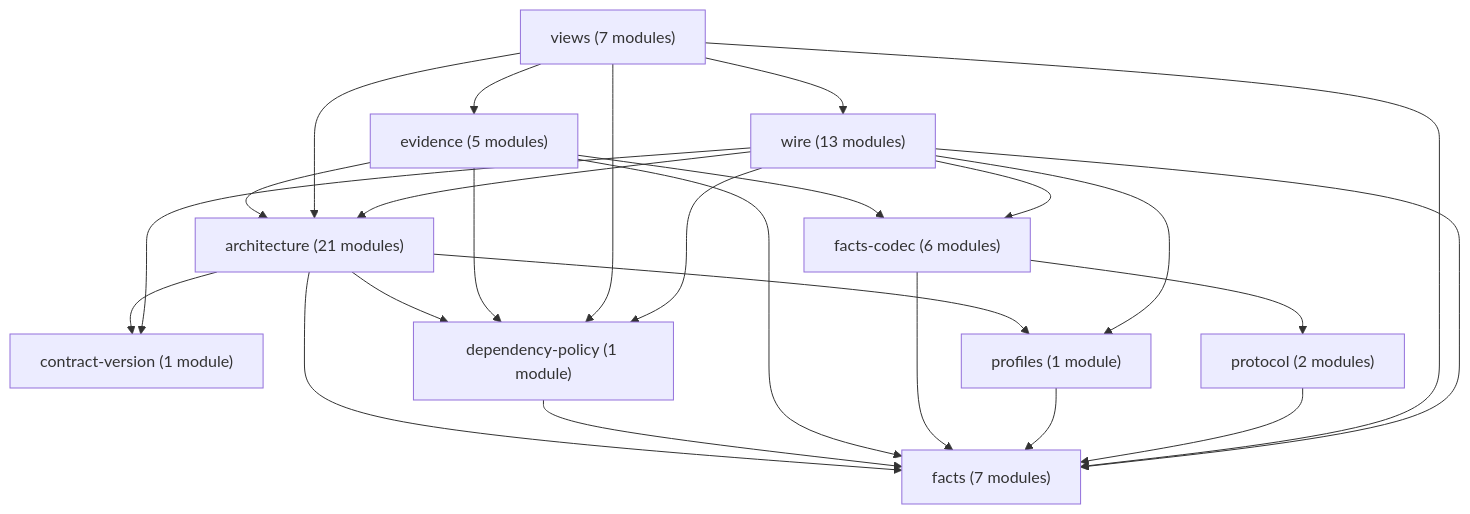
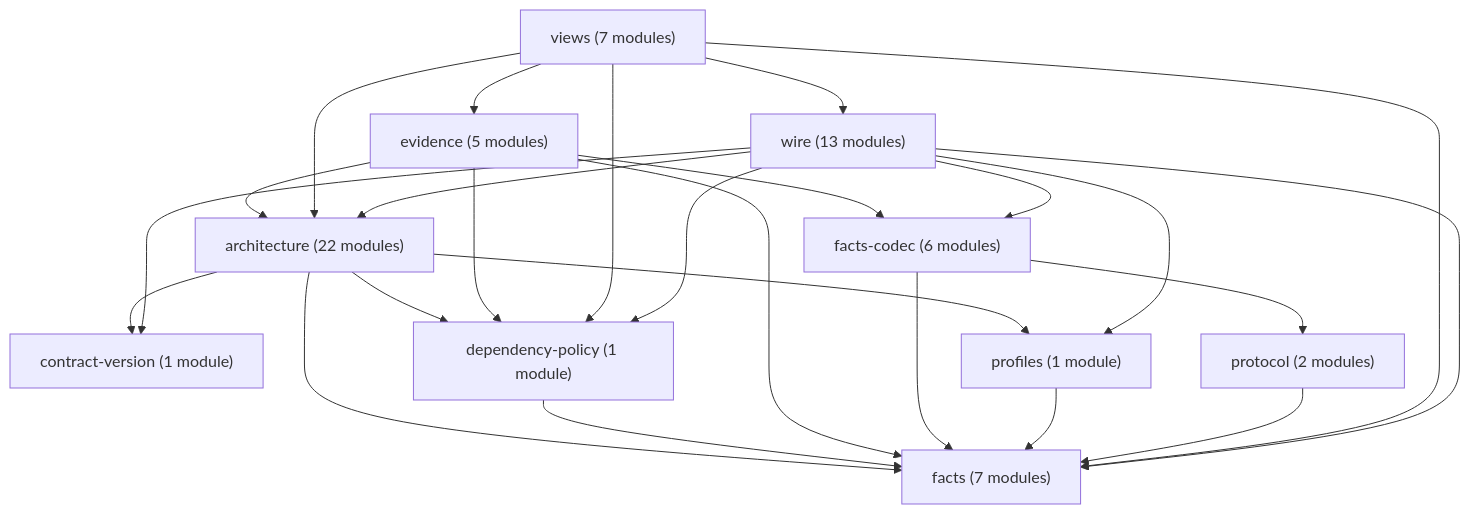
The diagram in docs/architecture/ir-owners.md (rapiddweller/archkeel), drawn with Mermaid before and after one commit. The commit also changed other lines of this file and 31 other files, not shown here.

````diff
--- a/docs/architecture/ir-owners.md
+++ b/docs/architecture/ir-owners.md
@@ -35,37 +35,37 @@
 ```mermaid
 graph TD
-    n_0["architecture (21 modules)"]
+    n_0["architecture (22 modules)"]
     n_1["contract-version (1 module)"]
     n_2["dependency-policy (1 module)"]
     n_3["evidence (5 modules)"]
     n_4["facts (7 modules)"]
     n_5["facts-codec (6 modules)"]
     n_6["profiles (1 module)"]
     n_7["protocol (2 modules)"]
     n_8["views (7 modules)"]
     n_9["wire (13 modules)"]
     n_0 --> n_1
     n_0 --> n_2
     n_0 --> n_4
     n_0 --> n_6
     n_2 --> n_4
     n_3 --> n_0
     n_3 --> n_2
     n_3 --> n_4
     n_3 --> n_5
     n_5 --> n_4
     n_5 --> n_7
     n_6 --> n_4
     n_7 --> n_4
     n_8 --> n_0
     n_8 --> n_2
     n_8 --> n_3
     n_8 --> n_4
     n_8 --> n_9
     n_9 --> n_0
     n_9 --> n_1
     n_9 --> n_2
     n_9 --> n_4
     n_9 --> n_5
     n_9 --> n_6
 ```
````
